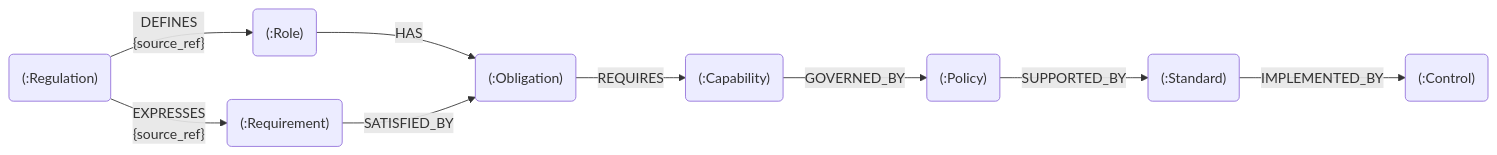
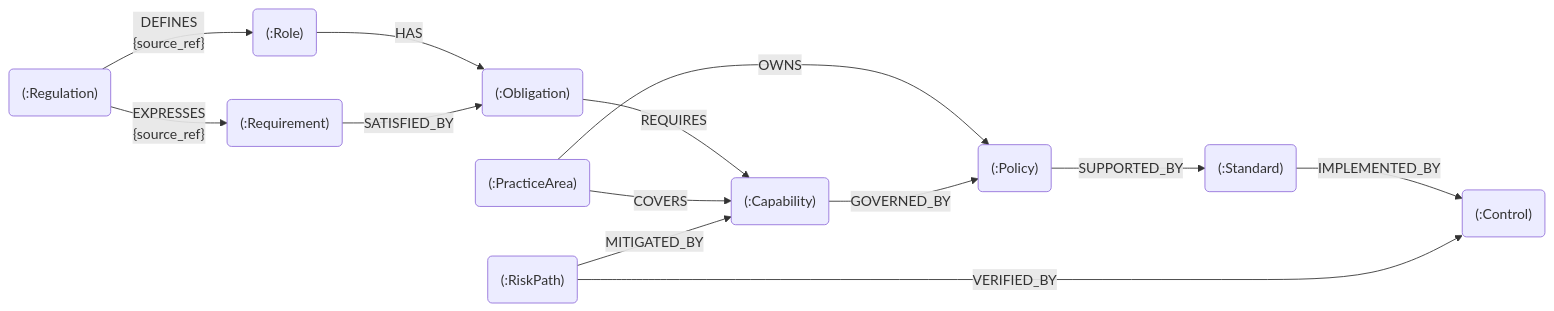
One commit to mindovermachine-dev/policy-system changed the first of 2 diagrams in docs/artifacts/ps-domain-concepts.md. Above: the diagram before and after it, drawn with Mermaid. The commit also changed other lines of this file and 21 other files, not shown here.

````diff
--- a/docs/artifacts/ps-domain-concepts.md
+++ b/docs/artifacts/ps-domain-concepts.md
@@ -35,20 +41,26 @@
 ```mermaid
 graph LR
     Regulation("(:Regulation)")
     Role("(:Role)")
     Requirement("(:Requirement)")
     Obligation("(:Obligation)")
+    PracticeArea("(:PracticeArea)")
+    RiskPath("(:RiskPath)")
     Capability("(:Capability)")
     Policy("(:Policy)")
     Standard("(:Standard)")
     Control("(:Control)")
 
     Regulation -->|"DEFINES<br/>{source_ref}"| Role
     Regulation -->|"EXPRESSES<br/>{source_ref}"| Requirement
     Role -->|"HAS"| Obligation
     Requirement -->|"SATISFIED_BY"| Obligation
     Obligation -->|"REQUIRES"| Capability
+    PracticeArea -->|"COVERS"| Capability
+    PracticeArea -->|"OWNS"| Policy
+    RiskPath -->|"MITIGATED_BY"| Capability
     Capability -->|"GOVERNED_BY"| Policy
     Policy -->|"SUPPORTED_BY"| Standard
     Standard -->|"IMPLEMENTED_BY"| Control
+    RiskPath -->|"VERIFIED_BY"| Control
 ```
````
